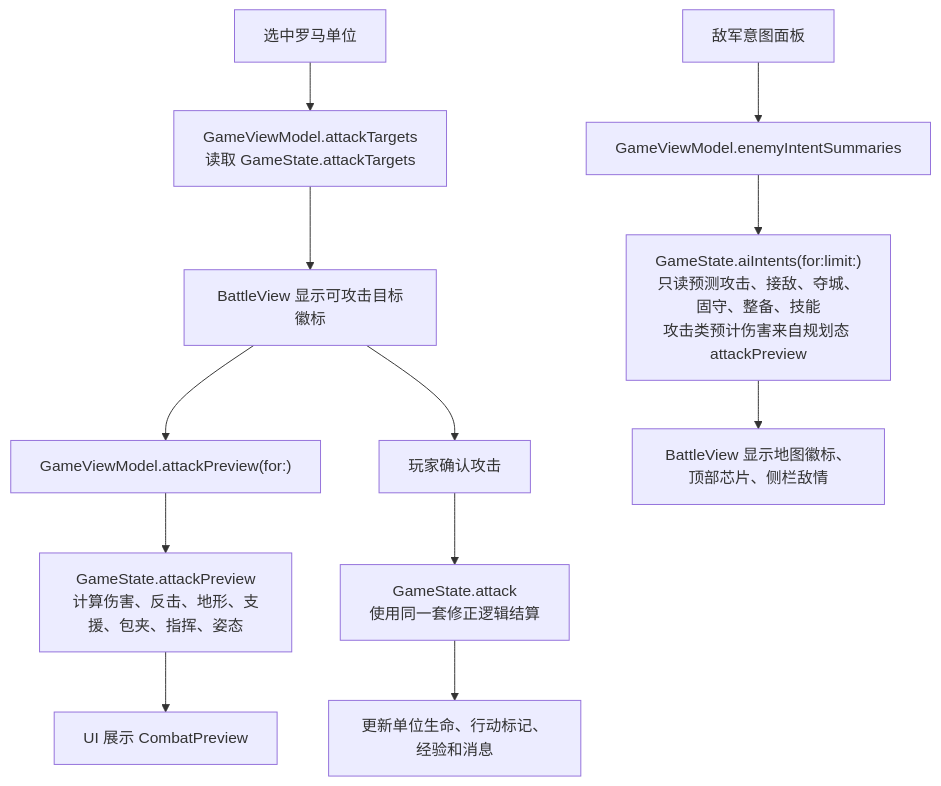
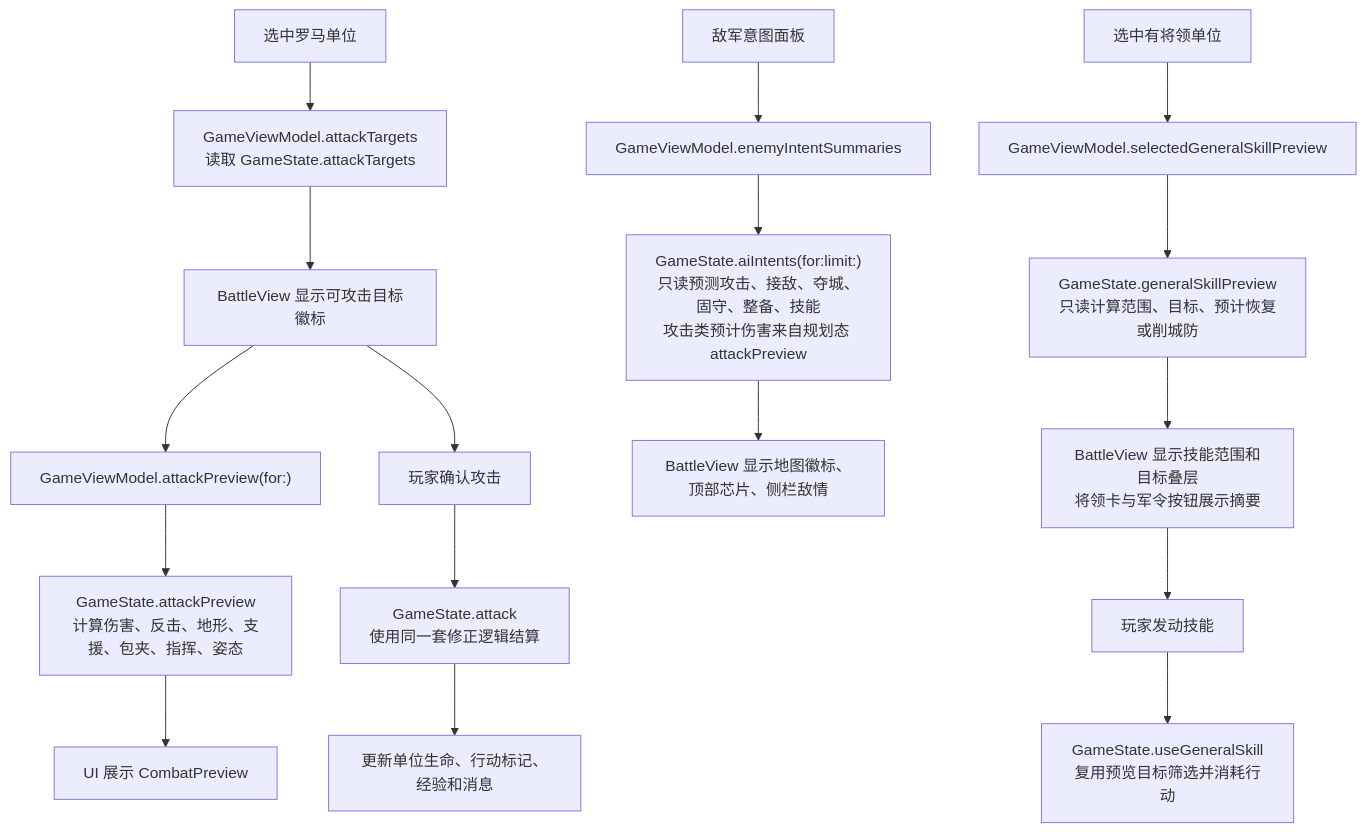
Before and after one commit to Altman-sam114/119: the third of 6 diagrams in md/flow/flowchart.md, drawn with Mermaid. The commit also changed 11 other files, not shown here.

````diff
--- a/md/flow/flowchart.md
+++ b/md/flow/flowchart.md
@@ -44,15 +44,21 @@
 ```mermaid
 flowchart TD
     A["选中罗马单位"] --> B["GameViewModel.attackTargets<br/>读取 GameState.attackTargets"]
     B --> C["BattleView 显示可攻击目标徽标"]
     C --> D["GameViewModel.attackPreview(for:)"]
     D --> E["GameState.attackPreview<br/>计算伤害、反击、地形、支援、包夹、指挥、姿态"]
     E --> F["UI 展示 CombatPreview"]
     C --> G["玩家确认攻击"]
     G --> H["GameState.attack<br/>使用同一套修正逻辑结算"]
     H --> I["更新单位生命、行动标记、经验和消息"]
 
     J["敌军意图面板"] --> K["GameViewModel.enemyIntentSummaries"]
     K --> L["GameState.aiIntents(for:limit:)<br/>只读预测攻击、接敌、夺城、固守、整备、技能<br/>攻击类预计伤害来自规划态 attackPreview"]
     L --> M["BattleView 显示地图徽标、顶部芯片、侧栏敌情"]
+
+    N["选中有将领单位"] --> O["GameViewModel.selectedGeneralSkillPreview"]
+    O --> P["GameState.generalSkillPreview<br/>只读计算范围、目标、预计恢复或削城防"]
+    P --> Q["BattleView 显示技能范围和目标叠层<br/>将领卡与军令按钮展示摘要"]
+    Q --> R["玩家发动技能"]
+    R --> S["GameState.useGeneralSkill<br/>复用预览目标筛选并消耗行动"]
 ```
````
